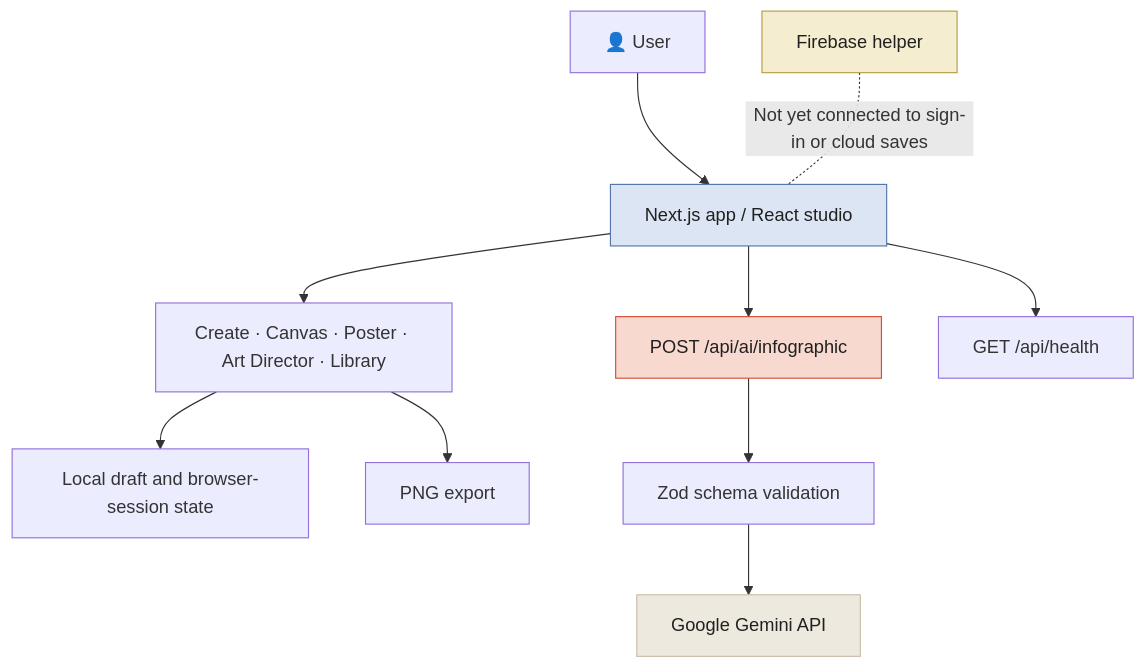
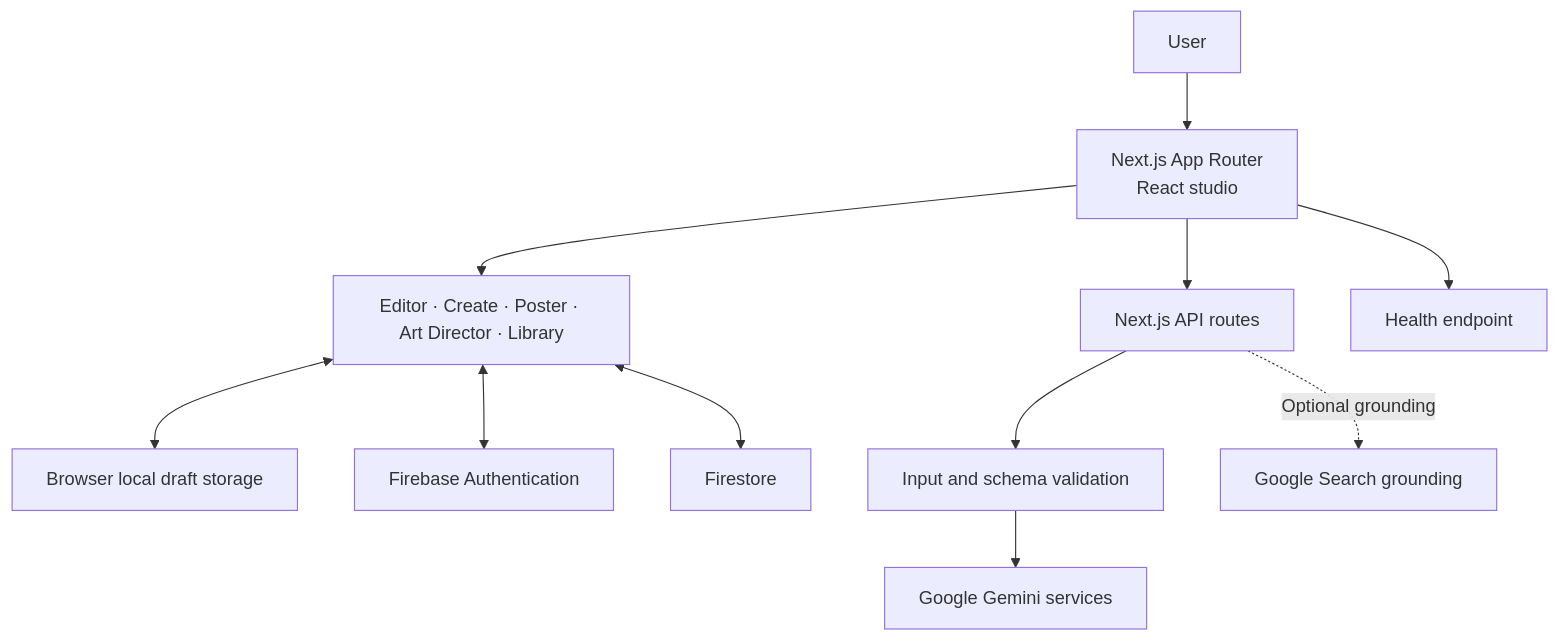
One commit to NSKWeb/infocraft-web- changed the second of 3 diagrams in README.md. Above: the diagram before and after it, drawn with Mermaid. The commit also changed other lines of this file, not shown here.

````diff
--- a/README.md
+++ b/README.md
@@ -80,16 +217,13 @@
 ```mermaid
 flowchart TB
-    U["👤 User"] --> UI["Next.js app / React studio"]
-    UI --> CREATE["Create · Canvas · Poster · Art Director · Library"]
-    CREATE --> LOCAL["Local draft and browser-session state"]
-    CREATE --> EXPORT["PNG export"]
-    UI --> API["POST /api/ai/infographic"]
-    API --> VALIDATE["Zod schema validation"]
-    VALIDATE --> GEMINI["Google Gemini API"]
-    UI --> HEALTH["GET /api/health"]
-    FIREBASE["Firebase helper"] -. "Not yet connected to sign-in or cloud saves" .- UI
-    style UI fill:#dce5f4,stroke:#5275aa,color:#202020
-    style API fill:#f7d9cf,stroke:#d94c36,color:#202020
-    style GEMINI fill:#eee9df,stroke:#c8bca9,color:#202020
-    style FIREBASE fill:#f4edcf,stroke:#b69c43,color:#202020
+  USER["User"] --> NEXT["Next.js App Router<br/>React studio"]
+  NEXT --> EDITOR["Editor · Create · Poster · Art Director · Library"]
+  EDITOR <--> LOCAL["Browser local draft storage"]
+  EDITOR <--> AUTH["Firebase Authentication"]
+  EDITOR <--> DB["Firestore"]
+  NEXT --> ROUTES["Next.js API routes"]
+  ROUTES --> VALIDATE["Input and schema validation"]
+  VALIDATE --> GEMINI["Google Gemini services"]
+  ROUTES -. "Optional grounding" .-> SEARCH["Google Search grounding"]
+  NEXT --> HEALTH["Health endpoint"]
 ```
````
